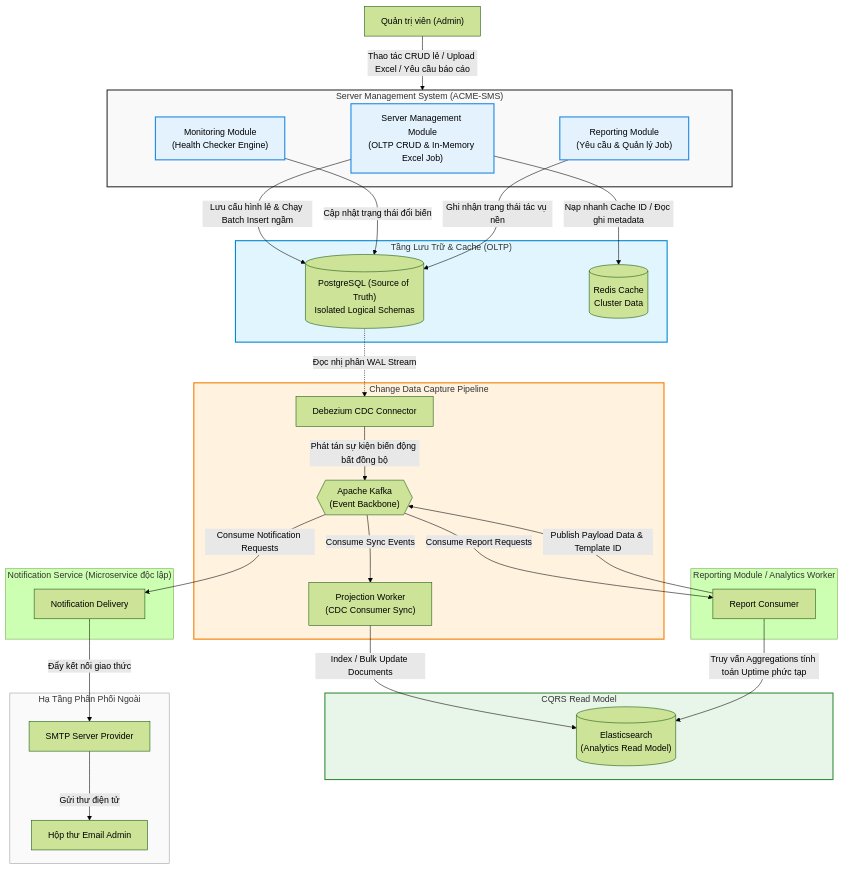
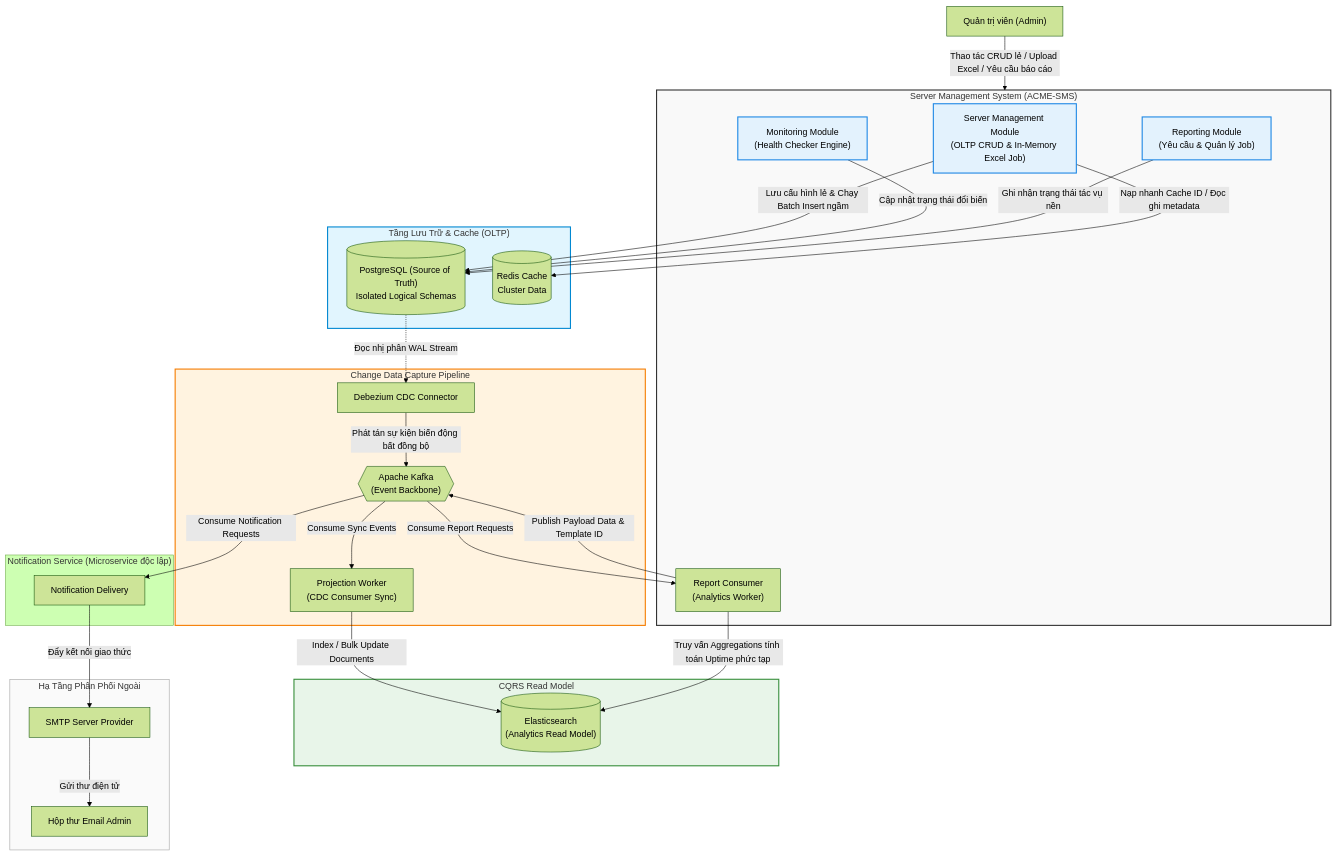
Before and after one commit to dinhdat07/server-management-service: the first of 5 diagrams in docs/architecture.md, drawn with Mermaid (forest theme).

Commit message:
docs: update architecture and ADR for bounded context

````diff
--- a/docs/architecture.md
+++ b/docs/architecture.md
@@ -79,70 +79,67 @@
 ```mermaid
 graph TD
     %% Nodes Definition
     Admin["Quản trị viên (Admin)"]
     
     subgraph Monolith ["Server Management System (ACME-SMS)"]
         SMM["Server Management Module<br>(OLTP CRUD & In-Memory Excel Job)"]
         MM["Monitoring Module<br>(Health Checker Engine)"]
         RM["Reporting Module<br>(Yêu cầu & Quản lý Job)"]
+        RE["Report Consumer<br>(Analytics Worker)"]
     end
     
     subgraph Storage ["Tầng Lưu Trữ & Cache (OLTP)"]
         PG[("PostgreSQL (Source of Truth)<br>Isolated Logical Schemas")]
         Redis[("Redis Cache<br>Cluster Data")]
     end
     
     subgraph CDC ["Change Data Capture Pipeline"]
         Debezium["Debezium CDC Connector"]
         Kafka{{"Apache Kafka<br>(Event Backbone)"}}
         Worker["Projection Worker<br>(CDC Consumer Sync)"]
     end
     
     subgraph ReadModel ["CQRS Read Model"]
         ES[("Elasticsearch<br>(Analytics Read Model)")]
-    end
-    
-    subgraph S_Module ["Reporting Module / Analytics Worker"]
-        RE["Report Consumer"]
     end
     
     subgraph NS_Module ["Notification Service (Microservice độc lập)"]
         Noti["Notification Delivery"]
     end
     
     subgraph External ["Hạ Tầng Phân Phối Ngoài"]
         SMTP["SMTP Server Provider"]
         Email["Hộp thư Email Admin"]
     end
 
     %% Connections
     Admin -->|Thao tác CRUD lẻ / Upload Excel / Yêu cầu báo cáo| Monolith
     SMM -->|Lưu cấu hình lẻ & Chạy Batch Insert ngầm| PG
     SMM -->|Nạp nhanh Cache ID / Đọc ghi metadata| Redis
     
     MM -->|Cập nhật trạng thái đổi biến| PG
     RM -->|Ghi nhận trạng thái tác vụ nền| PG
     
     PG -.->|Đọc nhị phân WAL Stream| Debezium
     Debezium -->|Phát tán sự kiện biến động bất đồng bộ| Kafka
     
     Kafka -->|Consume Sync Events| Worker
     Worker -->|Index / Bulk Update Documents| ES
     
     Kafka -->|Consume Report Requests| RE
     RE -->|Truy vấn Aggregations tính toán Uptime phức tạp| ES
     RE -->|Publish Payload Data & Template ID| Kafka
     Kafka -->|Consume Notification Requests| Noti
     
     Noti -->|Đẩy kết nối giao thức| SMTP
     SMTP -->|Gửi thư điện tử| Email
 
     %% Styling
     classDef domain fill:#e3f2fd,stroke:#1e88e5,stroke-width:2px;
     class SMM,MM,RM domain;
     style Monolith fill:#f9f9f9,stroke:#333,stroke-width:2px;
     style Storage fill:#e1f5fe,stroke:#0288d1,stroke-width:2px;
     style CDC fill:#fff3e0,stroke:#f57c00,stroke-width:2px;
     style ReadModel fill:#e8f5e9,stroke:#388e3c,stroke-width:2px;
     style External fill:#fafafa,stroke:#9e9e9e,stroke-width:1px;
 ```
````
